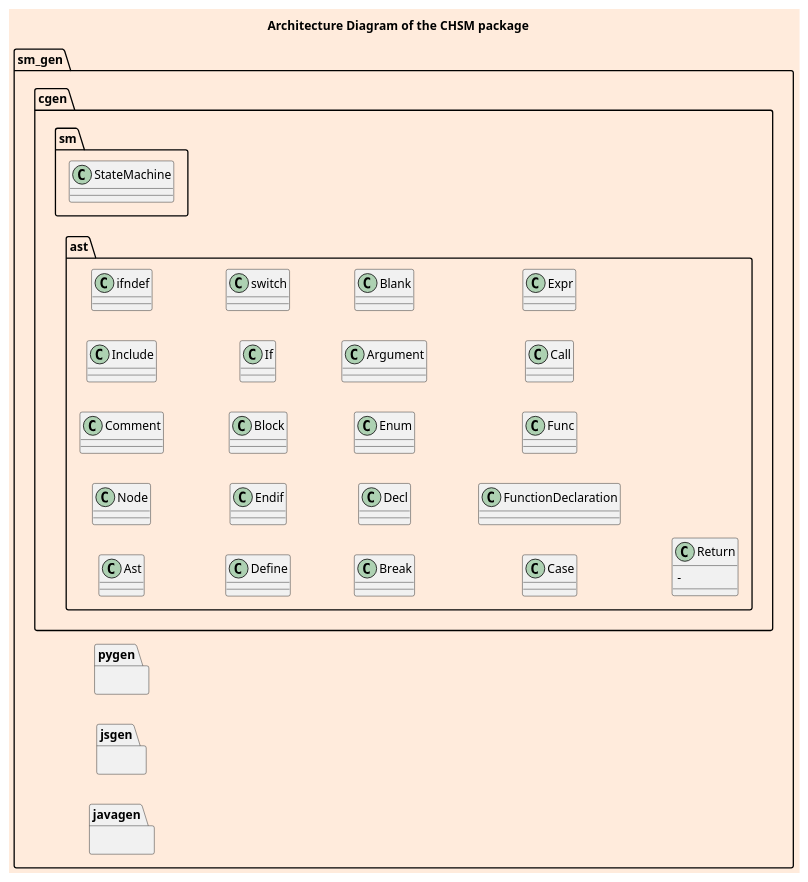
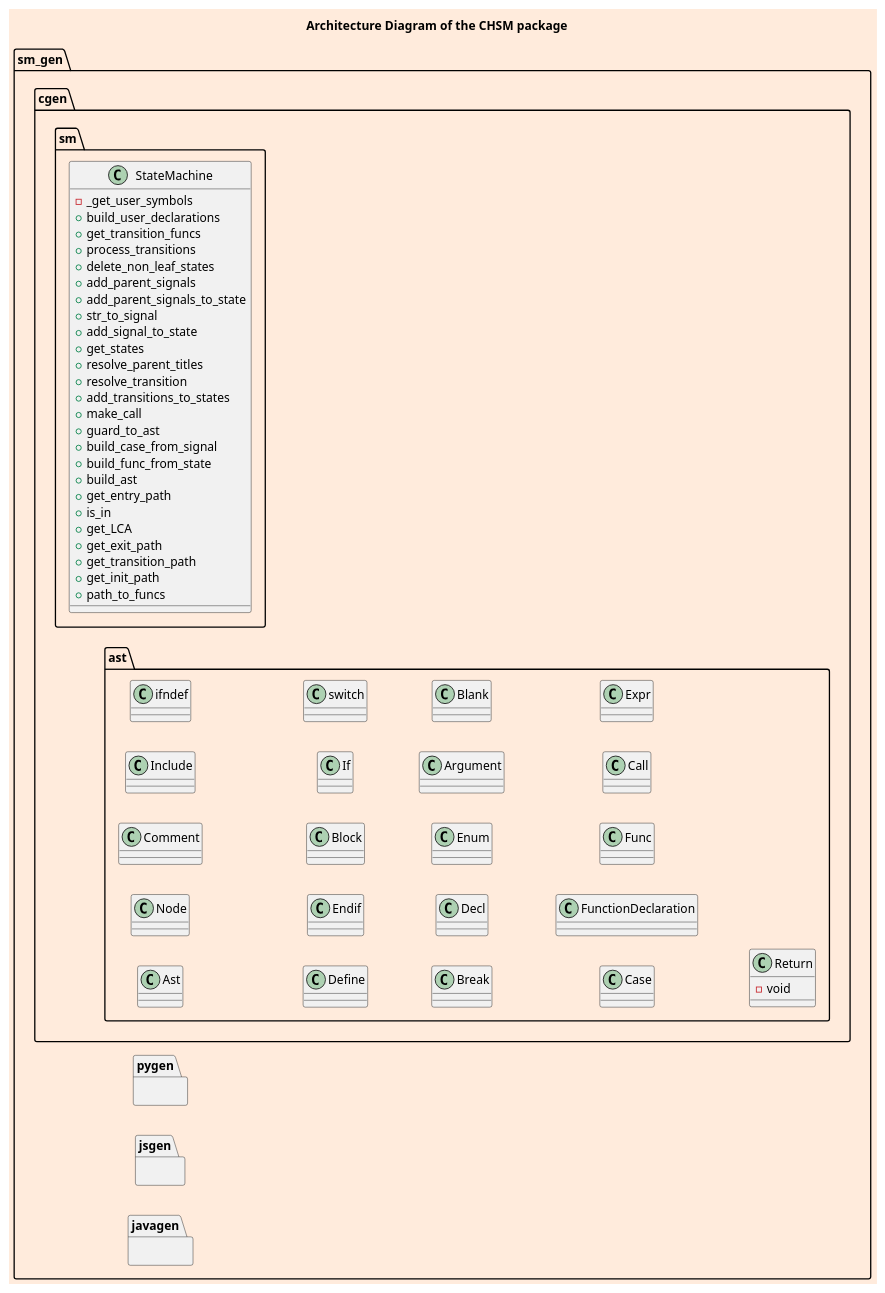
One commit to xsession/chsm changed the diagram in doc/cgen_swad.puml. Above: the diagram before and after it, drawn with PlantUML. The commit also changed 7 other files, not shown here.

Commit message:
Try out plantuml for documentation

```diff
--- a/doc/cgen_swad.puml
+++ b/doc/cgen_swad.puml
@@ -1,55 +1,79 @@
 @startuml sm_gen_swad
 scale 800 width
 skinparam backgroundColor #FFEBDC
 scale 1
 
 skinparam cloud {
   backgroundColor Olive
   borderColor orange
 }
 
 title Architecture Diagram of the CHSM package
 
 left to right direction
 
 package "sm_gen" as sm_gen{
 
 package "cgen" as cgen{
     package "sm" as sm{
         class StateMachine{
-
+           -_get_user_symbols 
+           +build_user_declarations
+           +get_transition_funcs
+           +process_transitions
+           +delete_non_leaf_states
+           +add_parent_signals
+           +add_parent_signals_to_state
+           +str_to_signal
+           +add_signal_to_state
+           +get_states
+           +resolve_parent_titles
+           +resolve_transition
+           +add_transitions_to_states
+           +make_call
+           +guard_to_ast
+           +build_case_from_signal
+           +build_func_from_state
+           +build_ast
+           +get_entry_path
+           +is_in
+           +get_LCA
+           +get_exit_path
+           +get_transition_path
+           +get_init_path
+           +path_to_funcs
         }
     }
     package "ast" as ast{
         class "Ast"{}
         class "Node"{}
         class "Comment"{}
         class "Include"{}
         class "ifndef"{}
         class "Define"{}
         class "Endif"{}
         class "Block"{}
         class "If"{}
         class "switch"{}
         class "Break"{}
         class "Decl"{}
         class "Enum"{}
         class "Argument"{}
         class "Blank"{}
         class "Case"{}
         class "FunctionDeclaration"{}
         class "Func"{}
         class "Call"{}
         class "Expr"{}
         class "Return"{
-            -
+            -void
         }
     }
 }
 package "pygen" as pygen{}
 package "jsgen" as jsgen{}
 package "javagen" as javagen{}
 }
 
 
 @enduml
```
